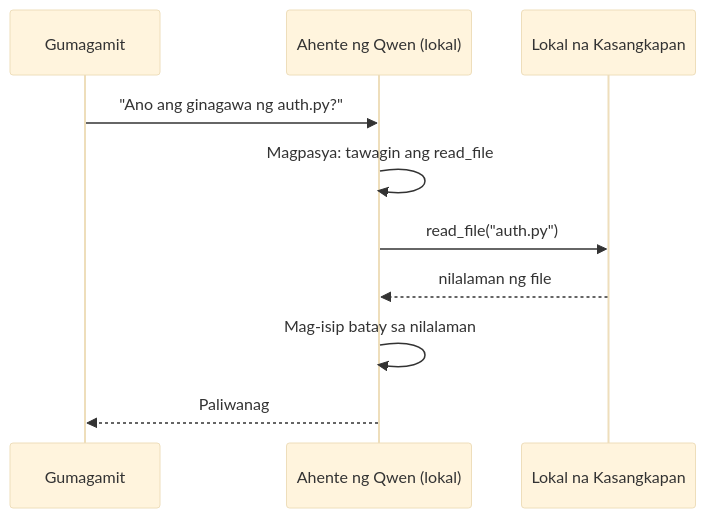
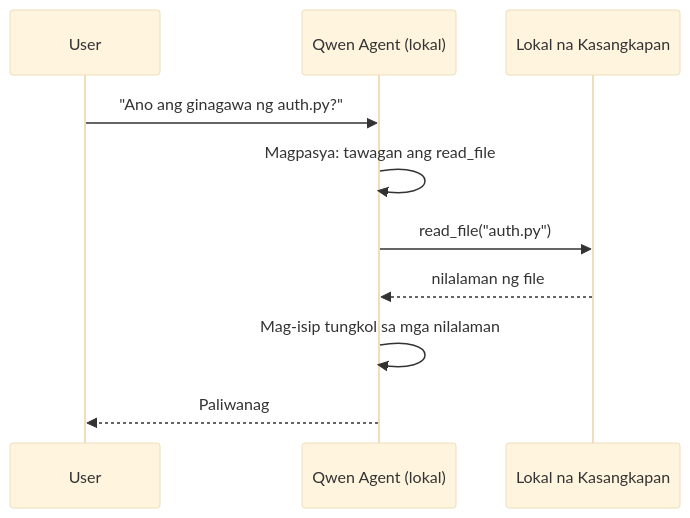
The second of 4 diagrams in translations/tl/17-creating-local-ai-agents/README.md (microsoft/ai-agents-for-beginners), drawn with Mermaid (base theme) before and after one commit. The commit also changed other lines of this file and 46 other files, not shown here.

````diff
--- a/translations/tl/17-creating-local-ai-agents/README.md
+++ b/translations/tl/17-creating-local-ai-agents/README.md
@@ -106,12 +106,12 @@
 ```mermaid
 sequenceDiagram
-    participant U as Gumagamit
-    participant A as Ahente ng Qwen (lokal)
+    participant U as User
+    participant A as Qwen Agent (lokal)
     participant T as Lokal na Kasangkapan
     U->>A: "Ano ang ginagawa ng auth.py?"
-    A->>A: Magpasya: tawagin ang read_file
+    A->>A: Magpasya: tawagan ang read_file
     A->>T: read_file("auth.py")
     T-->>A: nilalaman ng file
-    A->>A: Mag-isip batay sa nilalaman
+    A->>A: Mag-isip tungkol sa mga nilalaman
     A-->>U: Paliwanag
 ```
````
